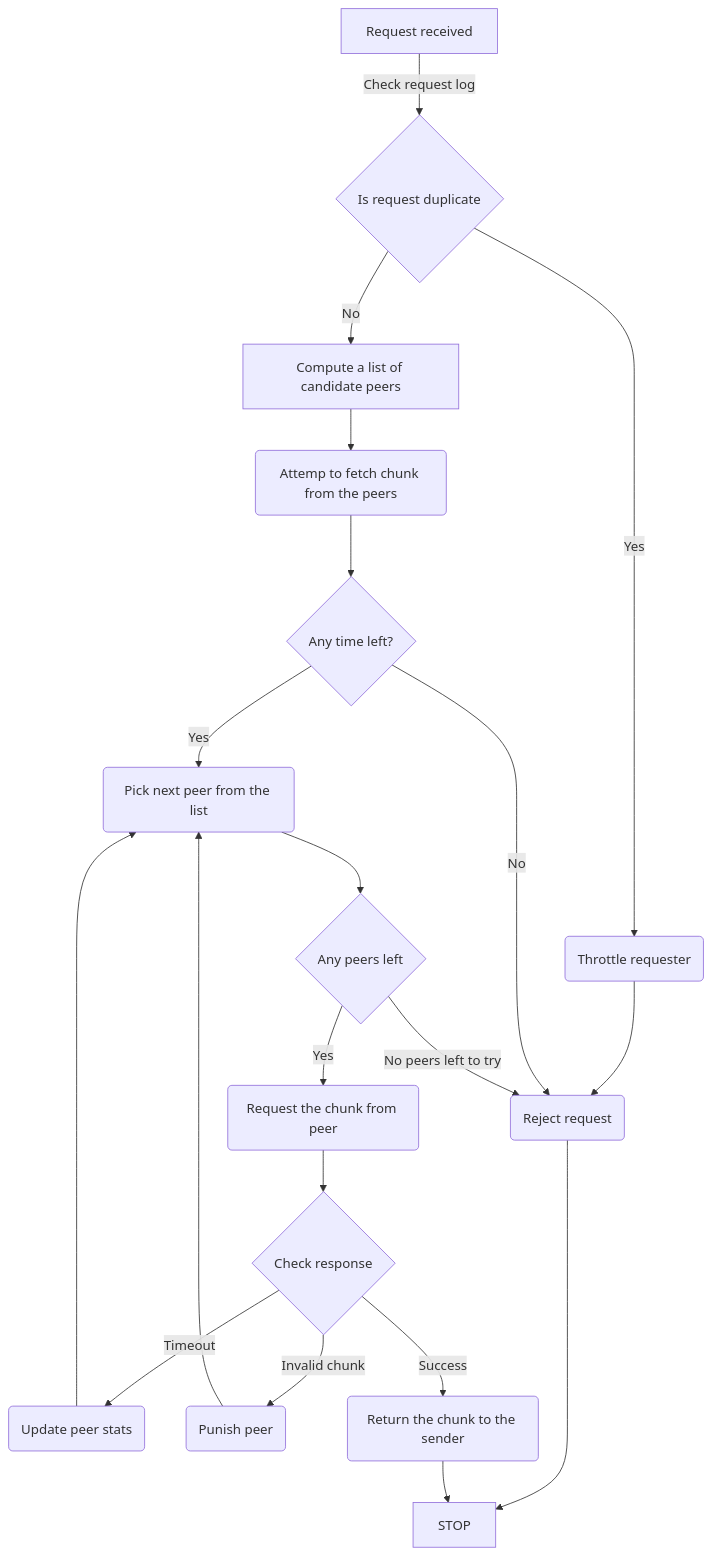
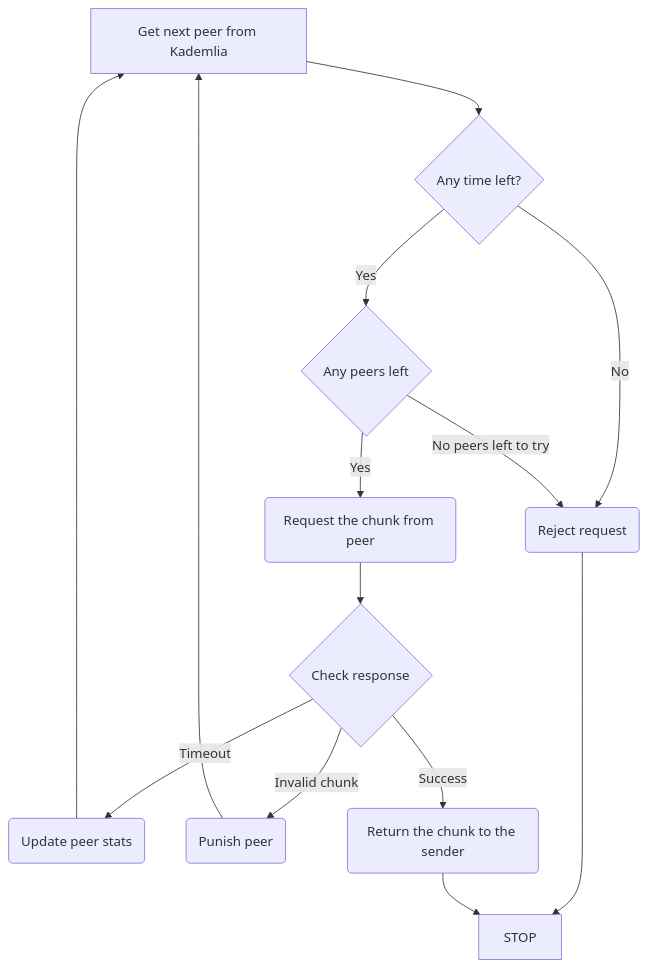
One commit to ethersphere/bee-docs changed the second of 2 diagrams in docs/develop/bee-developers/advanced.md. Above: the diagram before and after it, drawn with Mermaid. The commit also changed other lines of this file, not shown here.

Commit message:
feat: break down the diagram

````diff
--- a/docs/develop/bee-developers/advanced.md
+++ b/docs/develop/bee-developers/advanced.md
@@ -109,15 +113,11 @@
 ```mermaid
 flowchart TD
-    A[Request received] -->|Check request log| B{Is request duplicate}
-    B -->|Yes| Z(Throttle requester) --> I
-    B -->|No| D[Compute a list of candidate peers] --> G(Attemp to fetch chunk from the peers)
-    G --> H{Any time left?}
+    A[Get next peer from Kademlia] --> H{Any time left?}
     H --> |No| I(Reject request) --> S[STOP]
-    H --> |Yes| J(Pick next peer from the list)
-    J --> M{Any peers left}
+    H --> |Yes| M{Any peers left}
     M --> |Yes| N(Request the chunk from peer) --> K{Check response}
     M --> |No peers left to try| I
-    K --> |Timeout| L(Update peer stats) --> J
-    K --> |Invalid chunk| N1(Punish peer) --> J
+    K --> |Timeout| L(Update peer stats) --> A
+    K --> |Invalid chunk| N1(Punish peer) --> A
     K --> |Success| R(Return the chunk to the sender) --> S
 ```
````
